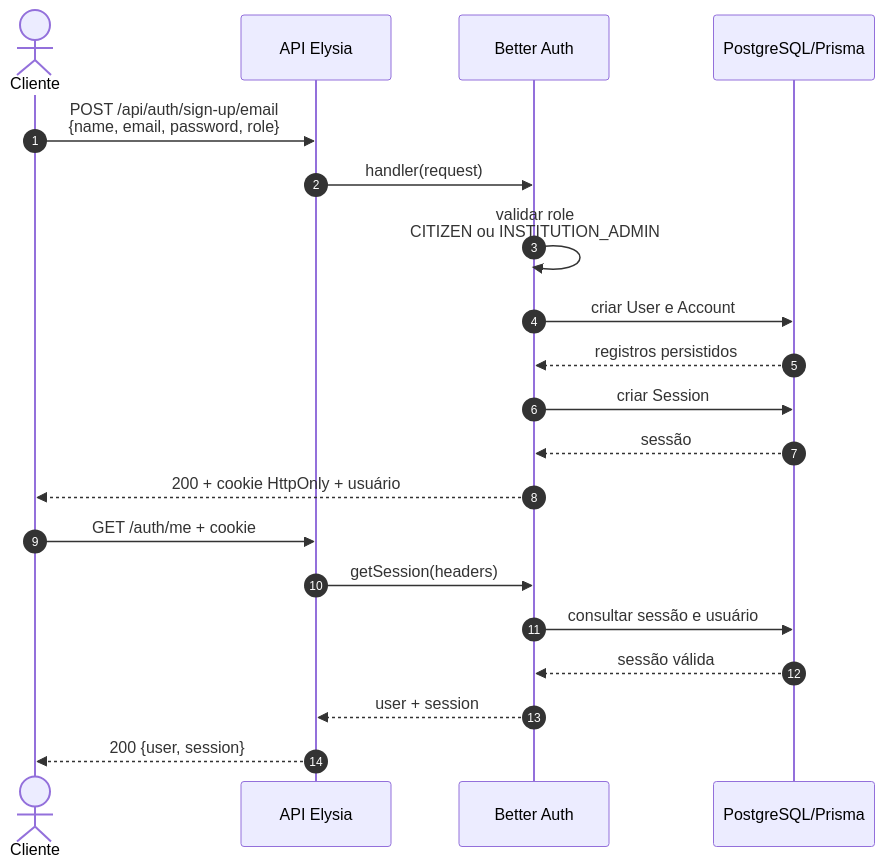
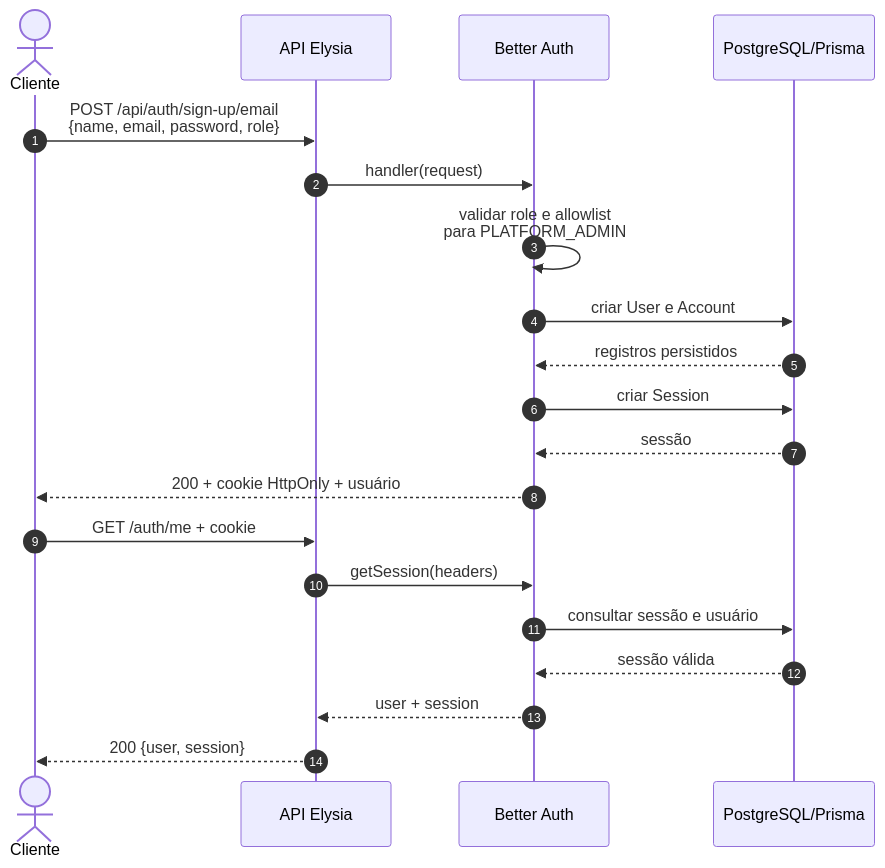
One commit to jose-bernardo-neto/luzinga-backend changed the first of 7 diagrams in docs/diagramas_de_sequencia.md. Above: the diagram before and after it, drawn with Mermaid. The commit also changed 30 other files, not shown here.

````diff
--- a/docs/diagramas_de_sequencia.md
+++ b/docs/diagramas_de_sequencia.md
@@ -8,24 +8,24 @@
 ```mermaid
 sequenceDiagram
     autonumber
     actor Cliente
     participant API as API Elysia
     participant Auth as Better Auth
     participant DB as PostgreSQL/Prisma
 
     Cliente->>API: POST /api/auth/sign-up/email<br/>{name, email, password, role}
     API->>Auth: handler(request)
-    Auth->>Auth: validar role<br/>CITIZEN ou INSTITUTION_ADMIN
+    Auth->>Auth: validar role e allowlist<br/>para PLATFORM_ADMIN
     Auth->>DB: criar User e Account
     DB-->>Auth: registros persistidos
     Auth->>DB: criar Session
     DB-->>Auth: sessão
     Auth-->>Cliente: 200 + cookie HttpOnly + usuário
 
     Cliente->>API: GET /auth/me + cookie
     API->>Auth: getSession(headers)
     Auth->>DB: consultar sessão e usuário
     DB-->>Auth: sessão válida
     Auth-->>API: user + session
     API-->>Cliente: 200 {user, session}
 ```
````
